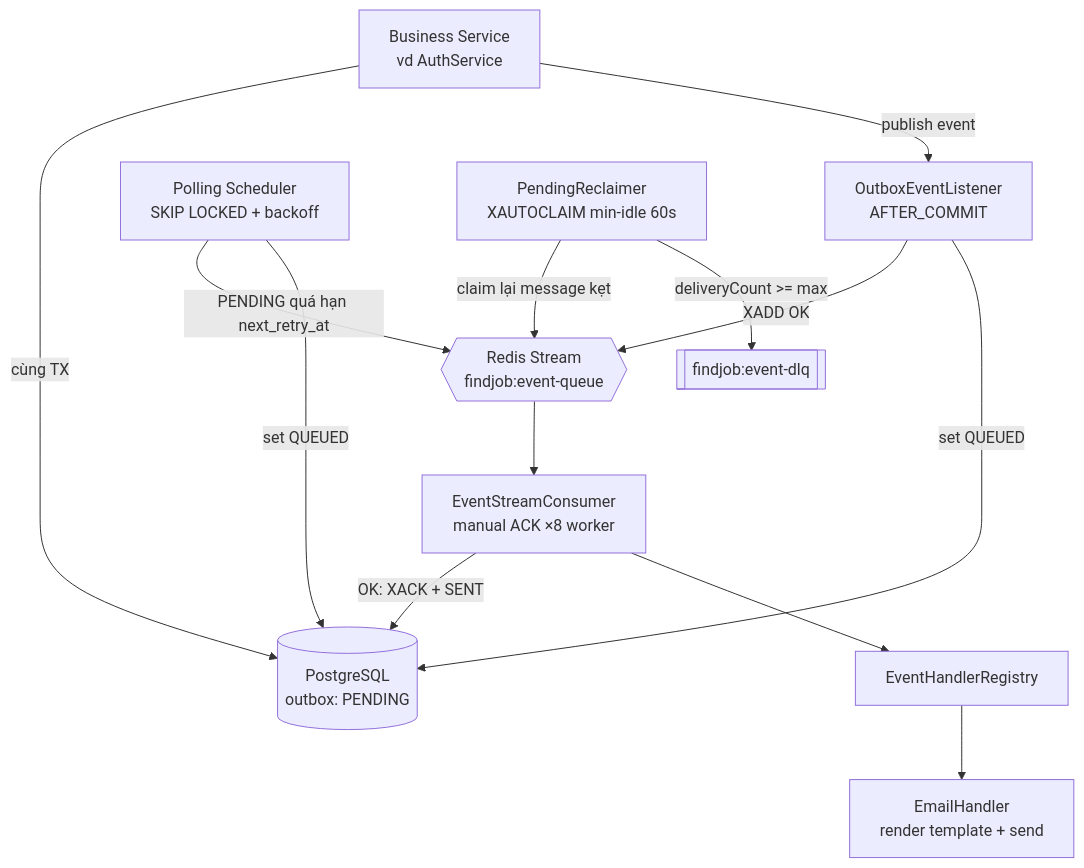
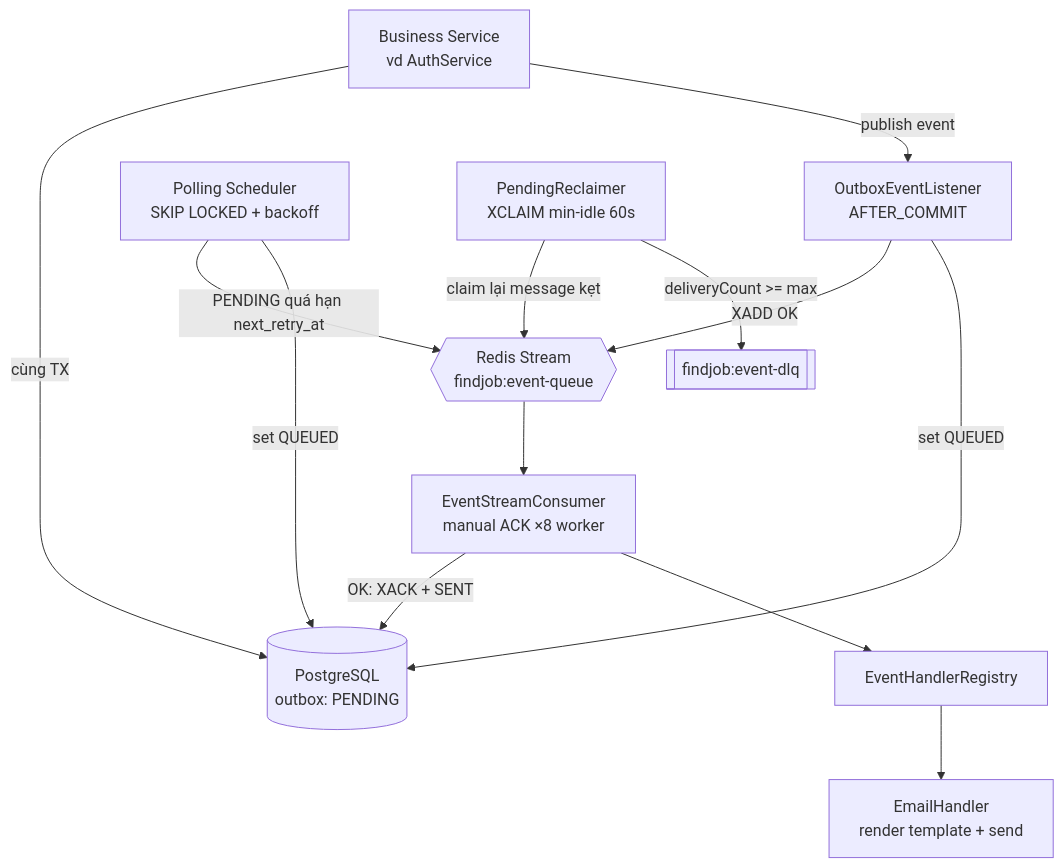
One commit to nhuanld17/FINDJOB-BE-DACN2 changed the first of 2 diagrams in plan/EMAIL_REDIS_STREAM_OUTBOX_PLAN.md. Above: the diagram before and after it, drawn with Mermaid. The commit also changed other lines of this file and 14 other files, not shown here.

````diff
--- a/plan/EMAIL_REDIS_STREAM_OUTBOX_PLAN.md
+++ b/plan/EMAIL_REDIS_STREAM_OUTBOX_PLAN.md
@@ -64,15 +64,15 @@
 ```mermaid
 flowchart TD
     A[Business Service<br/>vd AuthService] -->|cùng TX| B[(PostgreSQL<br/>outbox: PENDING)]
     A -->|publish event| C[OutboxEventListener<br/>AFTER_COMMIT]
     C -->|XADD OK| D{{Redis Stream<br/>findjob:event-queue}}
     C -->|set QUEUED| B
     E[Polling Scheduler<br/>SKIP LOCKED + backoff] -->|PENDING quá hạn next_retry_at| D
     E -->|set QUEUED| B
     D --> F[EventStreamConsumer<br/>manual ACK ×8 worker]
-    G[PendingReclaimer<br/>XAUTOCLAIM min-idle 60s] -->|claim lại message kẹt| D
+    G[PendingReclaimer<br/>XCLAIM min-idle 60s] -->|claim lại message kẹt| D
     G -->|deliveryCount >= max| H[[findjob:event-dlq]]
     F -->|OK: XACK + SENT| B
     F --> I[EventHandlerRegistry]
     I --> J[EmailHandler<br/>render template + send]
 ```
````
